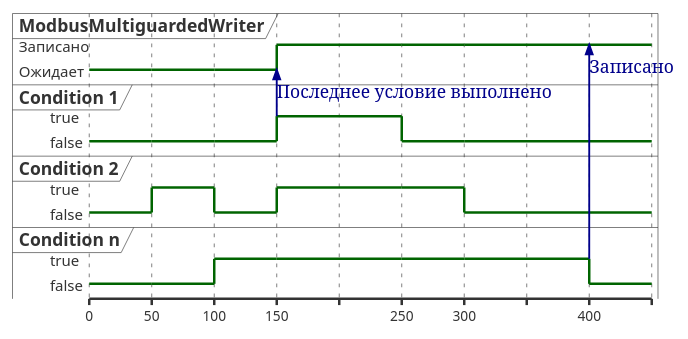
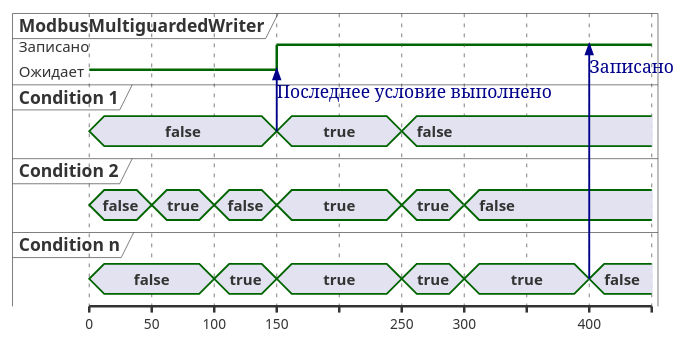
Before and after one commit to UlrichVonRekkenin/PhdLaTeX: the diagram in Dissertation/listings/uml/modbus_multiguarded_writer.puml, drawn with PlantUML. The commit also changed 2 other files, not shown here.

```diff
--- a/Dissertation/listings/uml/modbus_multiguarded_writer.puml
+++ b/Dissertation/listings/uml/modbus_multiguarded_writer.puml
@@ -1,56 +1,50 @@
 @startuml
 
 robust "ModbusMultiguardedWriter" as guard
-robust "Condition 1" as cond1
-robust "Condition 2" as cond2
-robust "Condition n" as condn
+concise "Condition 1" as cond1
+concise "Condition 2" as cond2
+concise "Condition n" as condn
 
 @0
 cond1 is false
 cond2 is false
 condn is false
 guard is Ожидает
 
 @50
-cond1 is false
 cond2 is true
-condn is false
 guard is Ожидает
 
 @100
-cond1 is false
 cond2 is false
 condn is true
 guard is Ожидает
 
 
 @150
 cond1 -> guard : Последнее условие выполнено
 cond1 is true
 cond2 is true
 condn is true
 guard is Записано
 
 
 
 @250
 cond1 is false
 cond2 is true
 condn is true
 guard is Записано
 
 @300
-cond1 is false
 cond2 is false
 condn is true
 guard is Записано
 
 @400
 condn -> guard : Записано
-cond1 is false
-cond2 is false
 condn is false
 guard is Записано
 
 
 @enduml
```
